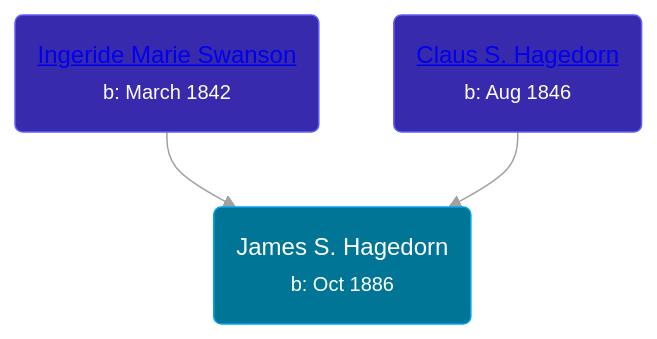
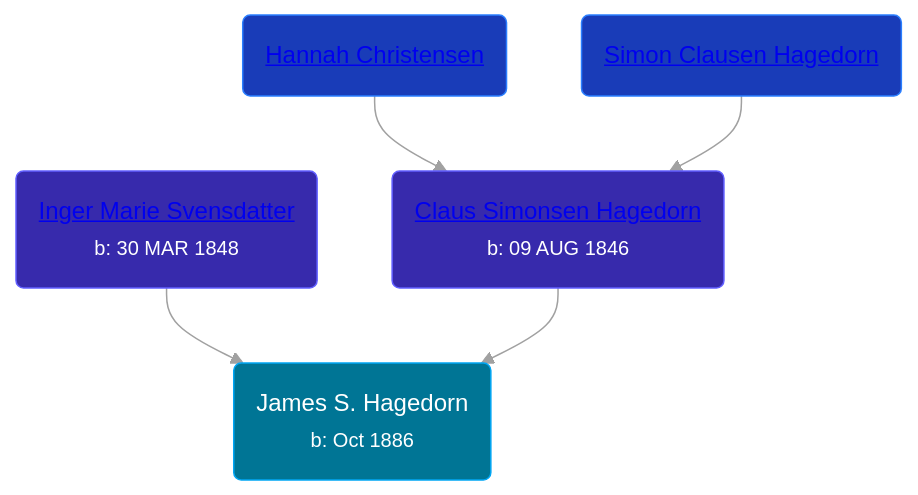
The diagram in pages/people/7/70562989.md (wpmgotkh/wpmgotkh.github.io), drawn with Mermaid before and after one commit. The commit also changed other lines of this file and 213 other files, not shown here.

````diff
--- a/pages/people/7/70562989.md
+++ b/pages/people/7/70562989.md
@@ -11,10 +11,12 @@
 ```mermaid
 graph
 classDef grands fill:#193cb8,stroke:#2b7fff,stroke-width:1px,color:#fff;
 classDef parents fill:#372aac,stroke:#615fff,stroke-width:1px,color:#fff;
 classDef primary fill:#007595,stroke:#00a6f4,stroke-width:1px,color:#fff;
 70562989(James S. Hagedorn<br /><small>b: Oct 1886</small>):::primary
-41786466(<a class="text-white" href="/people/4/41786466">Ingeride Marie Swanson</a><br /><small>b: March 1842</small>):::parents-->70562989
-89695136(<a class="text-white" href="/people/8/89695136">Claus S. Hagedorn</a><br /><small>b: Aug 1846</small>):::parents-->70562989
+41786466(<a class="text-white" href="/people/4/41786466">Inger Marie Svensdatter</a><br /><small>b: 30 MAR 1848</small>):::parents-->70562989
+89695136(<a class="text-white" href="/people/8/89695136">Claus Simonsen Hagedorn</a><br /><small>b: 09 AUG 1846</small>):::parents-->70562989
+1113854(<a class="text-white" href="/people/1/1113854">Hannah Christensen</a>):::grands-->89695136
+50450582(<a class="text-white" href="/people/5/50450582">Simon Clausen Hagedorn</a>):::grands-->89695136
 linkStyle default stroke:#a1a1a1
 ```
````
